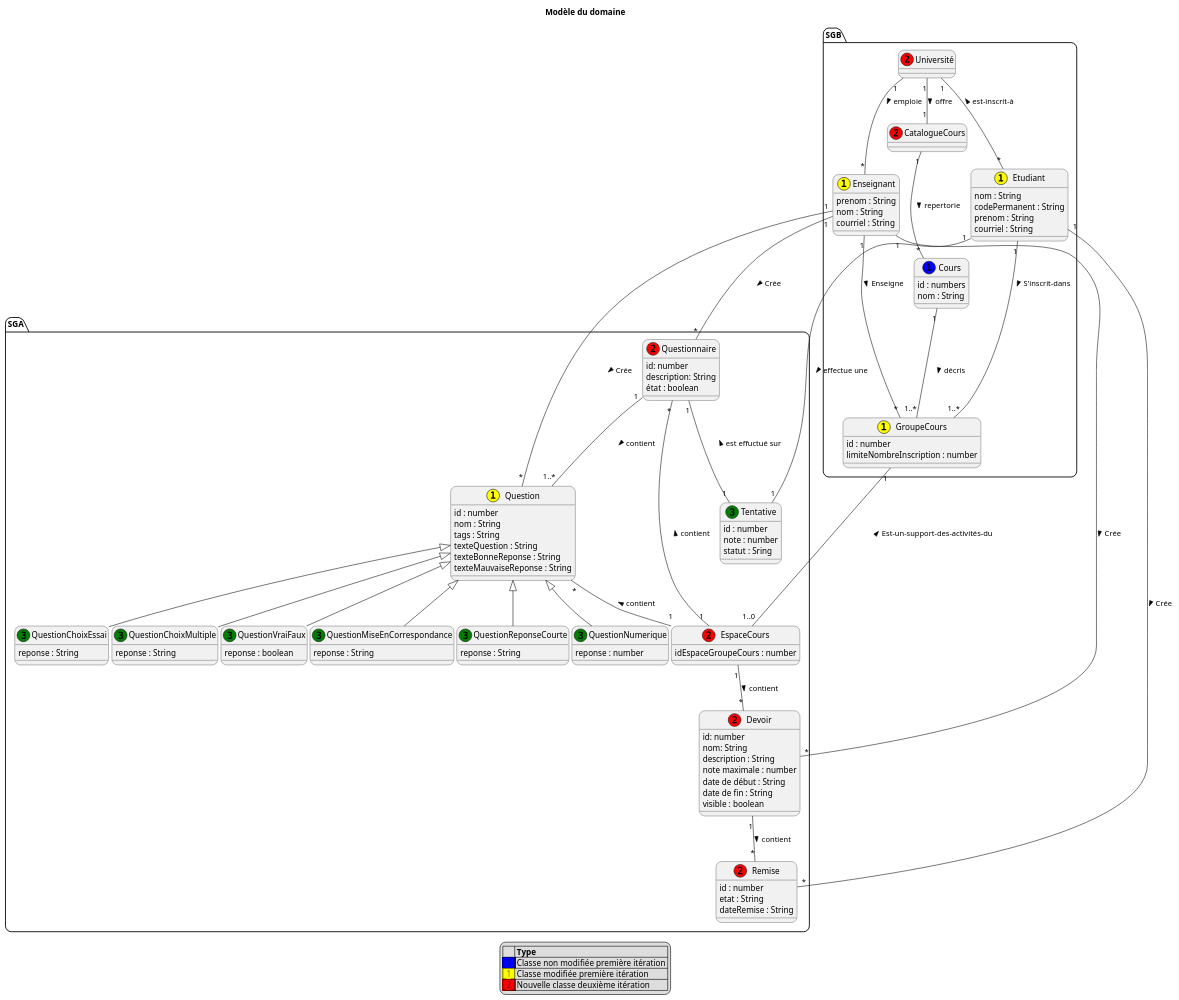
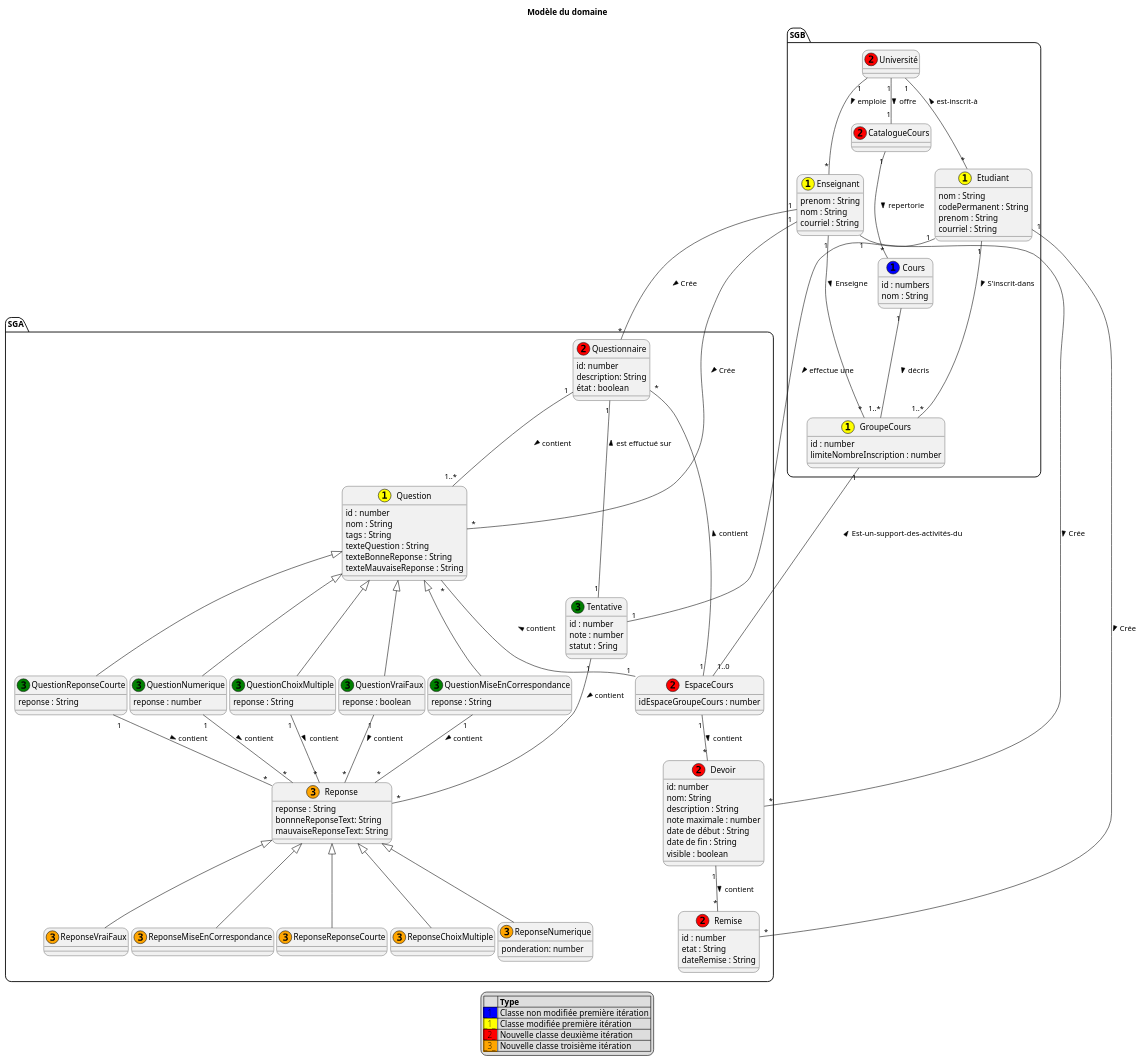
One commit to nerdz88/SGA-TS changed the diagram in docs/modeles/mdd.puml. Above: the diagram before and after it, drawn with PlantUML.

Commit message:
update mdd pour Reponse

```diff
--- a/docs/modeles/mdd.puml
+++ b/docs/modeles/mdd.puml
@@ -1,132 +1,158 @@
 @startuml MDD
 
 skinparam defaultfontname Verdana
 skinparam RoundCorner 20
 ' skinparam linetype ortho
 
 title Modèle du domaine
 
 
 package SGB{
     class Université << (2,red) >>{}
 
     class CatalogueCours << (2,red)>>{}
 
     class Enseignant << 1,yellow) >>{
     prenom : String
     nom : String
     courriel : String
     }
 
     class Etudiant << 1,yellow) >>{
     nom : String
     codePermanent : String
     prenom : String
     courriel : String
     }
 
     class Cours << (1,blue) >>{
     id : numbers
     nom : String
     }
 
     class GroupeCours << 1,yellow) >>{
         id : number
         limiteNombreInscription : number
     }
 }
 
 package SGA{
     class Devoir << (2,red) >>{
         id: number
         nom: String
         description : String
         note maximale : number
         date de début : String
         date de fin : String
         visible : boolean
     }
 
     class Remise << (2,red) >>{
         id : number
         etat : String
         dateRemise : String
 
     }
 
     class Question << 1,yellow) >>{
         id : number
         nom : String
         tags : String
         texteQuestion : String
         texteBonneReponse : String
         texteMauvaiseReponse : String
     }
 
     class Questionnaire << (2,red) >>{
         id: number
         description: String
         état : boolean
     }
 
     class Tentative <<(3, green) >>{
         id : number
         note : number
         statut : Sring
     }
 
     class QuestionChoixMultiple <<(3, green) >> extends Question {
         reponse : String
     }
 
     class QuestionVraiFaux<<(3, green) >> extends Question {
         reponse : boolean
     }
 
     class QuestionMiseEnCorrespondance<<(3, green) >> extends Question {
         reponse : String
     }
 
     class QuestionReponseCourte<<(3, green) >> extends Question {
         reponse : String
     }
 
     class QuestionNumerique<<(3, green) >> extends Question {
         reponse : number
     }
 
-    class QuestionChoixEssai<<(3, green) >> extends Question {
-        reponse : String
-    }
     class EspaceCours << (2,red) >>{
         idEspaceGroupeCours : number
+    }
+    class Reponse << (3,orange) >>{
+        reponse : String
+        bonnneReponseText: String
+        mauvaiseReponseText: String
+    }
+
+    class ReponseChoixMultiple << (3,orange) >> extends Reponse {
+
+    }
+    class ReponseNumerique << (3,orange) >> extends Reponse {
+        ponderation: number
+    }
+    class ReponseVraiFaux << (3,orange) >> extends Reponse {
+
+    }
+    class ReponseMiseEnCorrespondance << (3,orange) >> extends Reponse {
+
+    }
+    class ReponseReponseCourte << (3,orange) >> extends Reponse {
+
     }
 }
 
 Université "1" -- "1"CatalogueCours : offre >
 CatalogueCours "1"-- "*"Cours : repertorie >
 Devoir "1"--"*" Remise : contient >
 EspaceCours "1"--"*" Devoir: contient >
 Université "1"--"*" Enseignant : emploie >
 Questionnaire "1"--"1..*" Question : contient >
 Université "1"--"*" Etudiant : est-inscrit-à <
 Question "*"--"1" EspaceCours : contient <
 Questionnaire "*"--"1" EspaceCours : contient <
 Etudiant "1" -- "1..*"GroupeCours : S'inscrit-dans >
 Enseignant "1" -- "*"GroupeCours : Enseigne >
 Cours "1" -- "1..*" GroupeCours : décris >
 GroupeCours "1"-- "1..0"EspaceCours : Est-un-support-des-activités-du <
 Etudiant "1" -- "*" Remise : Crée >
 Enseignant "1" -- "*" Question : Crée >
 Enseignant "1" -- "*" Questionnaire : Crée >
 Enseignant "1" -- "*" Devoir : Crée >
 Questionnaire"1" -- "1"Tentative : est effuctué sur <
 Etudiant "1" -- "1" Tentative : effectue une >
+Tentative "1" -- "*" Reponse : contient >
+QuestionVraiFaux "1" -- "*" Reponse : contient >
+QuestionReponseCourte "1" -- "*" Reponse : contient >
+QuestionNumerique "1" -- "*" Reponse : contient >
+QuestionChoixMultiple "1" -- "*" Reponse : contient >
+QuestionMiseEnCorrespondance "1" -- "*" Reponse : contient >
+
 
 legend
 |= |= Type |
 |<back:blue>_1_</back>| Classe non modifiée première itération |
 |<back:yellow>_1_</back>| Classe modifiée première itération |
 |<back:red>_2_</back>| Nouvelle classe deuxième itération |
+|<back:orange>_3_</back> | Nouvelle classe troisième itération |
 endlegend
 @enduml
```
